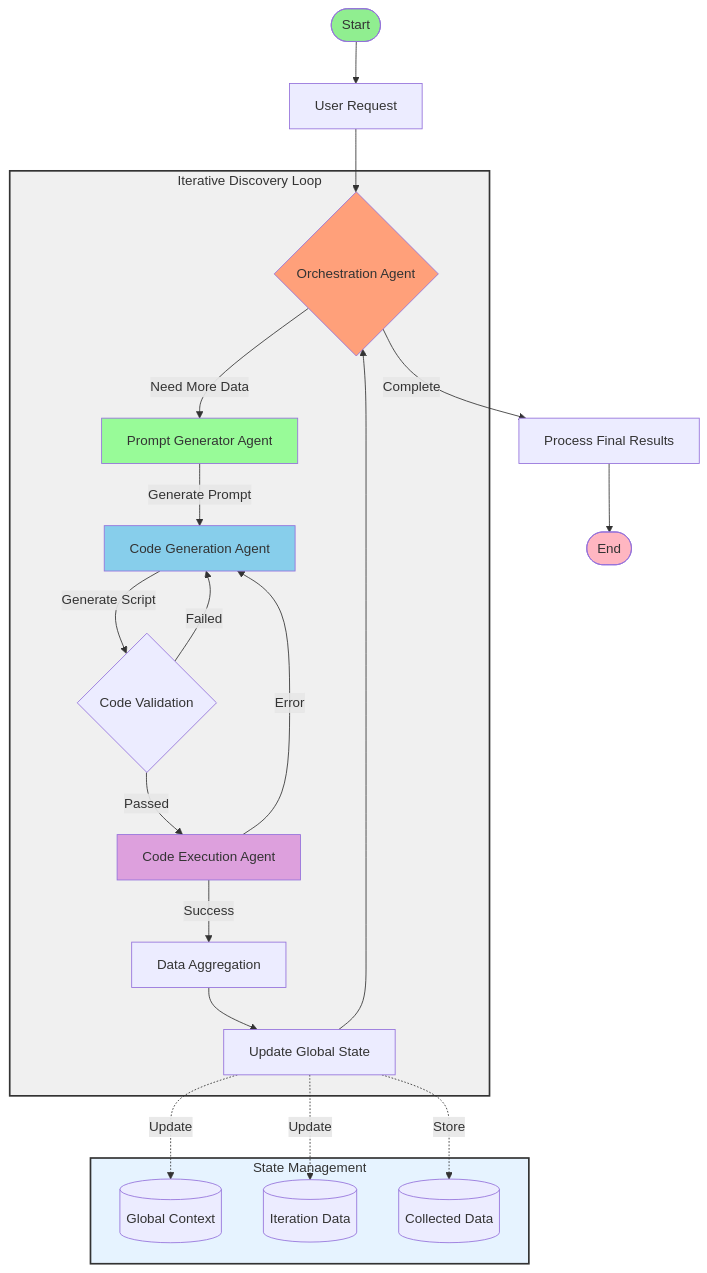
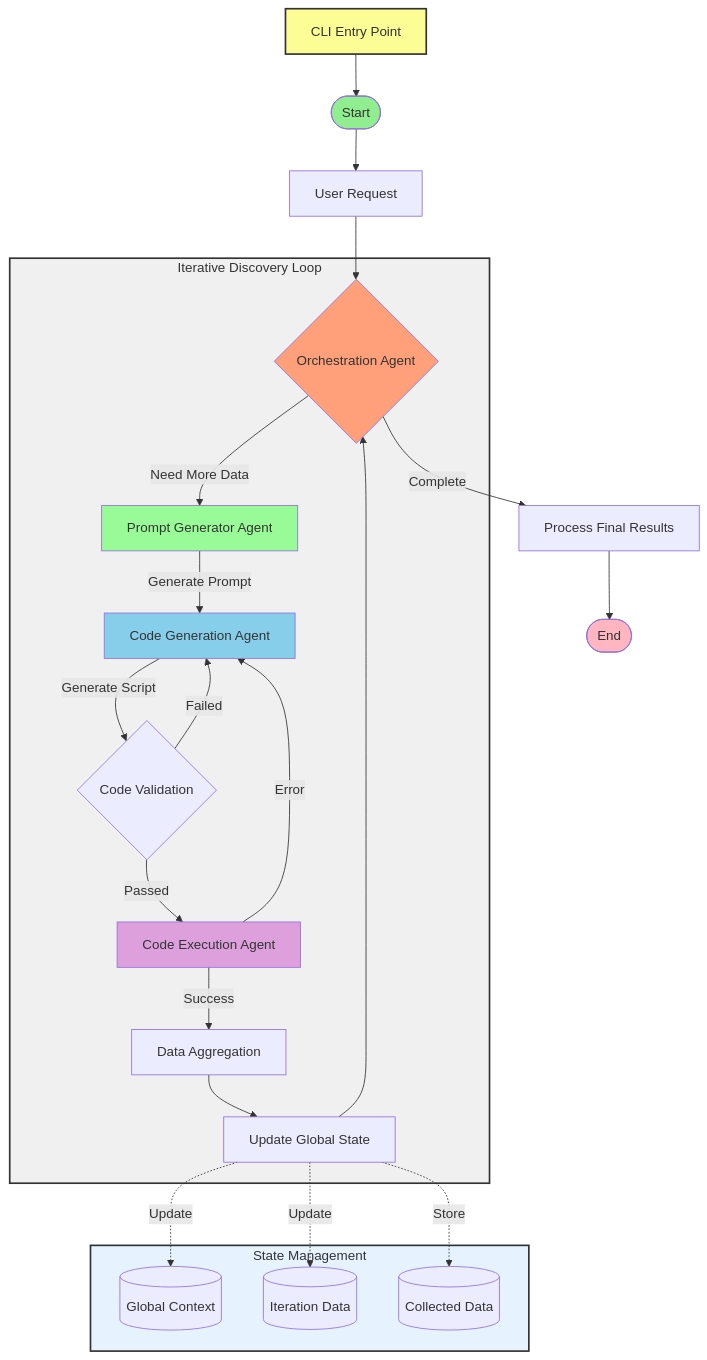
One commit to alexei-led/cloud-inspector changed the diagram in README.md. Above: the diagram before and after it, drawn with Mermaid. The commit also changed other lines of this file, not shown here.

Commit message:
docs: Update README to reflect current workflow, CLI, and CI/CD setup

````diff
--- a/README.md
+++ b/README.md
@@ -26,39 +48,41 @@
 ```mermaid
 graph TD
-    Start([Start]) --> UserRequest[User Request]
+    CLI[CLI Entry Point] --> Start([Start])
+    Start --> UserRequest[User Request]
     UserRequest --> Orchestrator{Orchestration Agent}
     
     subgraph IterativeLoop[Iterative Discovery Loop]
         Orchestrator -->|Need More Data| PromptGen[Prompt Generator Agent]
         PromptGen -->|Generate Prompt| CodeGen[Code Generation Agent]
         CodeGen -->|Generate Script| Validation{Code Validation}
         Validation -->|Failed| CodeGen
         Validation -->|Passed| Executor[Code Execution Agent]
         Executor -->|Error| CodeGen
         Executor -->|Success| DataAggregation[Data Aggregation]
         DataAggregation --> StateUpdate[Update Global State]
         StateUpdate --> Orchestrator
     end
     
     Orchestrator -->|Complete| ResultsProcessing[Process Final Results]
     ResultsProcessing --> End([End])
     
     subgraph States[State Management]
         GlobalContext[(Global Context)]
         IterationData[(Iteration Data)]
         CollectedData[(Collected Data)]
     end
     
     StateUpdate -.->|Update| GlobalContext
     StateUpdate -.->|Update| IterationData
     StateUpdate -.->|Store| CollectedData
     
+    style CLI fill:#FDFD96,stroke:#333,stroke-width:2px
     style Start fill:#90EE90
     style End fill:#FFB6C1
     style IterativeLoop fill:#f0f0f0,stroke:#333,stroke-width:2px
     style States fill:#e6f3ff,stroke:#333,stroke-width:2px
     style Orchestrator fill:#FFA07A
     style PromptGen fill:#98FB98
     style CodeGen fill:#87CEEB
     style Executor fill:#DDA0DD
 ```
````
